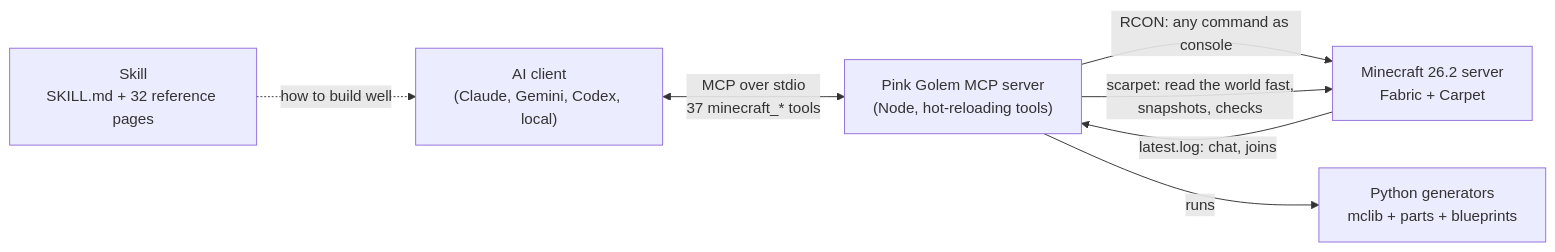
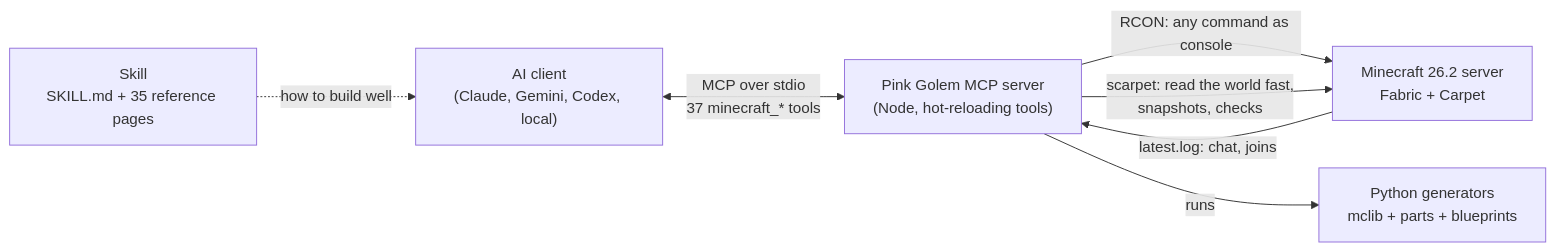
One commit to sagistiki/pink-golem changed the diagram in README.md. Above: the diagram before and after it, drawn with Mermaid. The commit also changed other lines of this file and 2 other files, not shown here.

Commit message:
Docs: the skill has 35 reference pages

````diff
--- a/README.md
+++ b/README.md
@@ -115,9 +115,9 @@
 ```mermaid
 flowchart LR
     AI["AI client<br/>(Claude, Gemini, Codex, local)"] <-- "MCP over stdio<br/>37 minecraft_* tools" --> MCP["Pink Golem MCP server<br/>(Node, hot-reloading tools)"]
     MCP -- "RCON: any command as console" --> MC["Minecraft 26.2 server<br/>Fabric + Carpet"]
     MC -- "latest.log: chat, joins" --> MCP
     MCP -- "scarpet: read the world fast,<br/>snapshots, checks" --> MC
     MCP -- "runs" --> GEN["Python generators<br/>mclib + parts + blueprints"]
-    SKILL["Skill<br/>SKILL.md + 32 reference pages"] -. "how to build well" .-> AI
+    SKILL["Skill<br/>SKILL.md + 35 reference pages"] -. "how to build well" .-> AI
 ```
````
